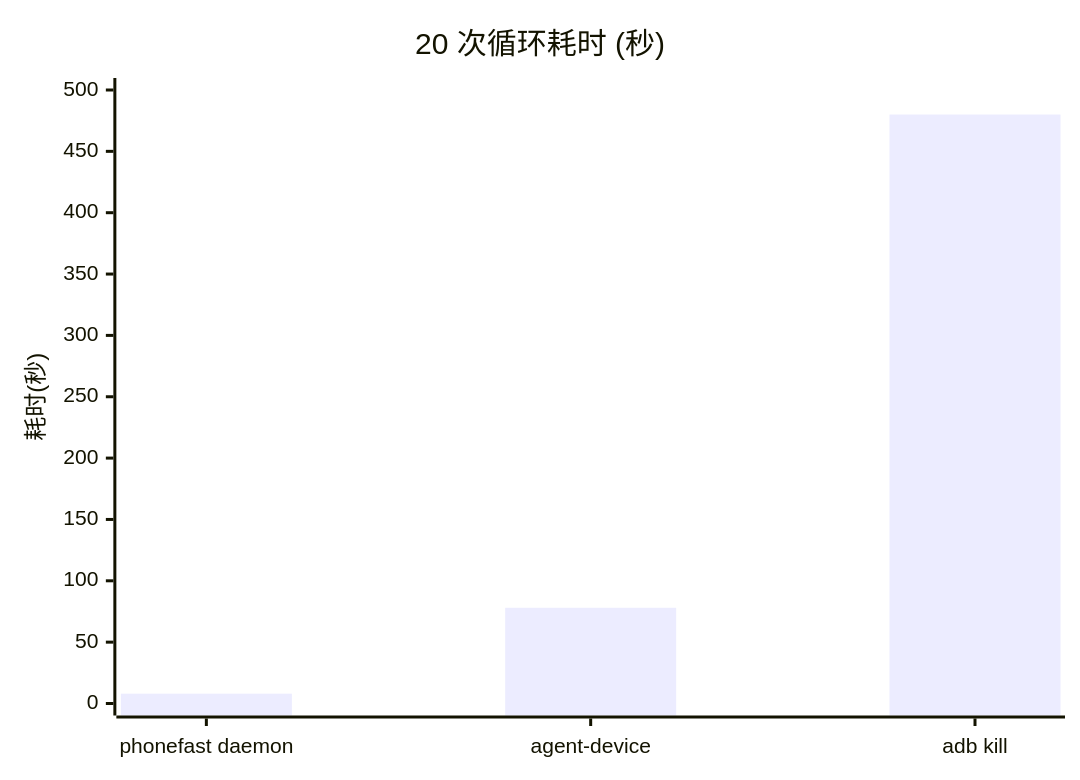
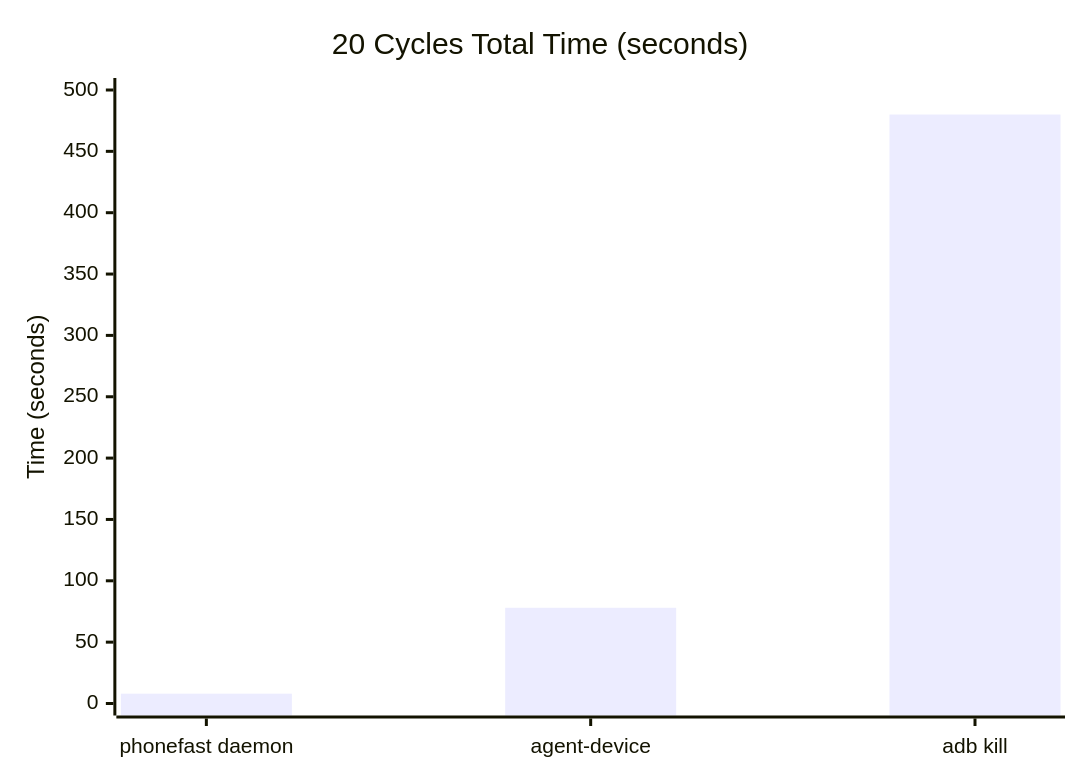
The fifth of 10 diagrams in docs/phonefast.md (gezihua123/phonefast), drawn with Mermaid before and after one commit. The commit also changed other lines of this file and 11 other files, not shown here.

````diff
--- a/docs/phonefast.md
+++ b/docs/phonefast.md
@@ -155,7 +157,7 @@
 ```mermaid
 xychart-beta
-    title "20 次循环耗时 (秒)"
+    title "20 Cycles Total Time (seconds)"
     x-axis ["phonefast daemon", "agent-device", "adb kill"]
-    y-axis "耗时(秒)" 0 --> 500
+    y-axis "Time (seconds)" 0 --> 500
     bar [8, 78, 480]
 ```
````
